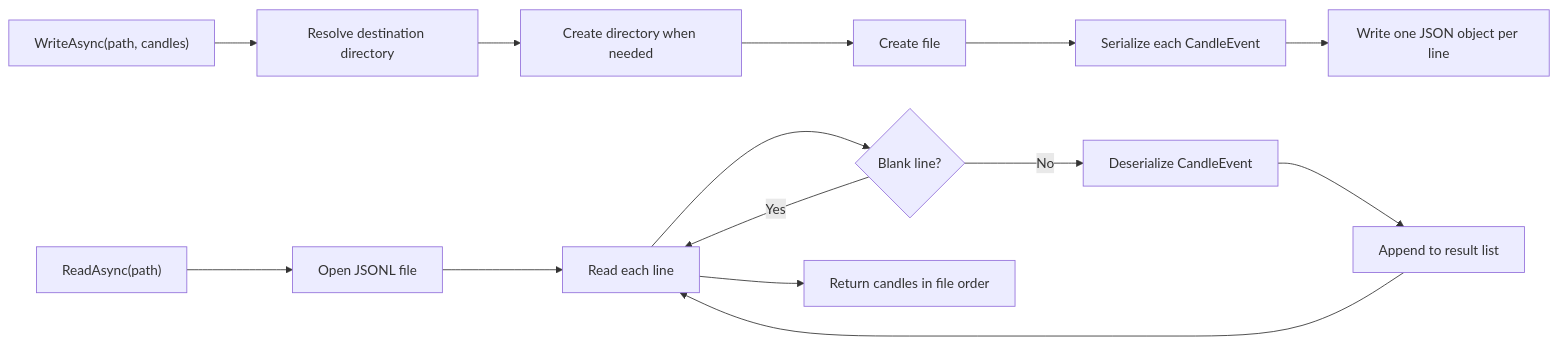
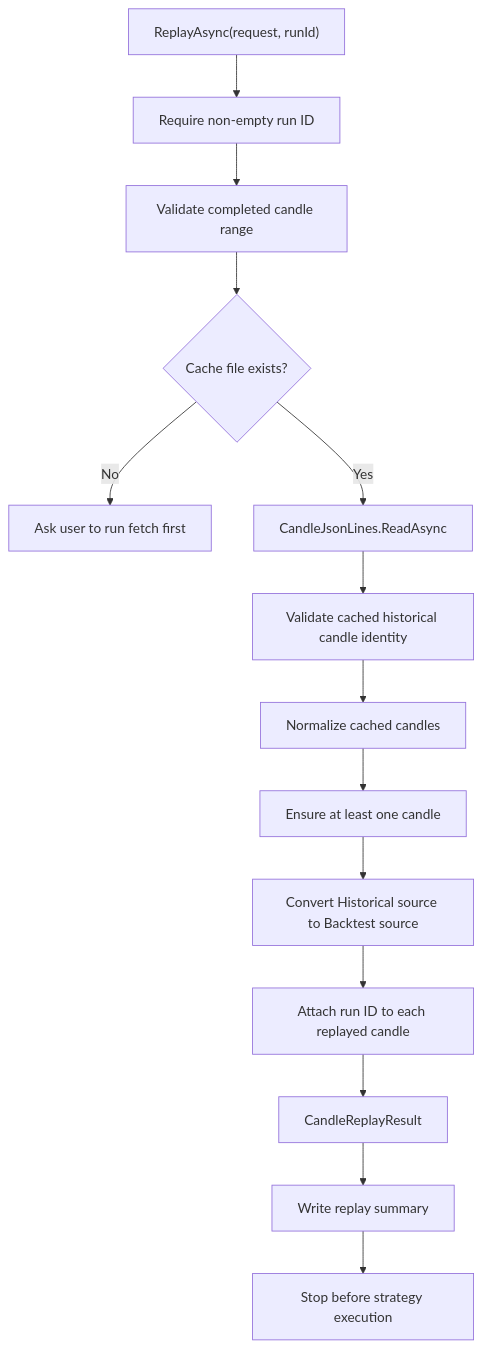
One commit to WickdAlgo/wickdbot-dotnet changed the fifth of 6 diagrams in docs/business-flows.md. Above: the diagram before and after it, drawn with Mermaid. The commit also changed other lines of this file, not shown here.

Commit message:
docs: update business flow diagrams for phase 2

````diff
--- a/docs/business-flows.md
+++ b/docs/business-flows.md
@@ -77,17 +128,16 @@
 ```mermaid
-flowchart LR
-    A["WriteAsync(path, candles)"] --> B["Resolve destination directory"]
-    B --> C["Create directory when needed"]
-    C --> D["Create file"]
-    D --> E["Serialize each CandleEvent"]
-    E --> F["Write one JSON object per line"]
-
-    G["ReadAsync(path)"] --> H["Open JSONL file"]
-    H --> I["Read each line"]
-    I --> J{"Blank line?"}
-    J -->|Yes| I
-    J -->|No| K["Deserialize CandleEvent"]
-    K --> L["Append to result list"]
-    L --> I
-    I --> M["Return candles in file order"]
+flowchart TD
+    A["ReplayAsync(request, runId)"] --> B["Require non-empty run ID"]
+    B --> C["Validate completed candle range"]
+    C --> D{"Cache file exists?"}
+    D -->|No| E["Ask user to run fetch first"]
+    D -->|Yes| F["CandleJsonLines.ReadAsync"]
+    F --> G["Validate cached historical candle identity"]
+    G --> H["Normalize cached candles"]
+    H --> I["Ensure at least one candle"]
+    I --> J["Convert Historical source to Backtest source"]
+    J --> K["Attach run ID to each replayed candle"]
+    K --> L["CandleReplayResult"]
+    L --> M["Write replay summary"]
+    M --> N["Stop before strategy execution"]
 ```
````
